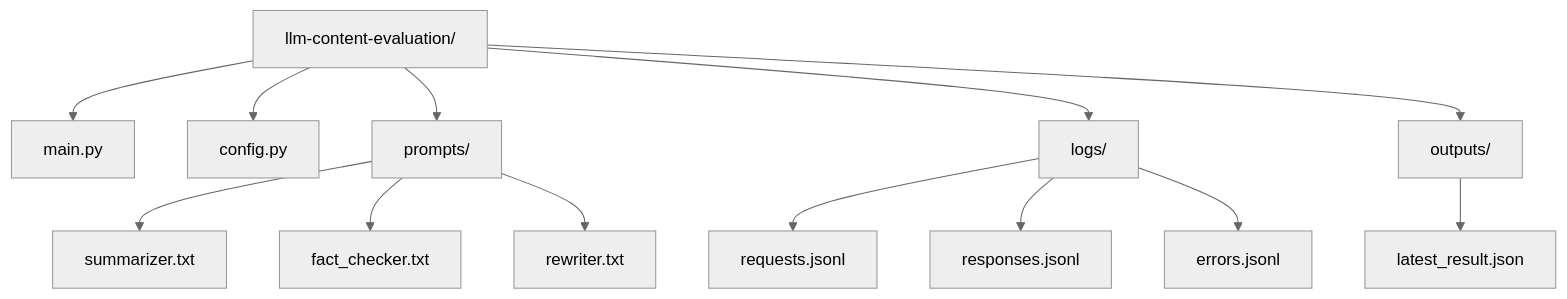
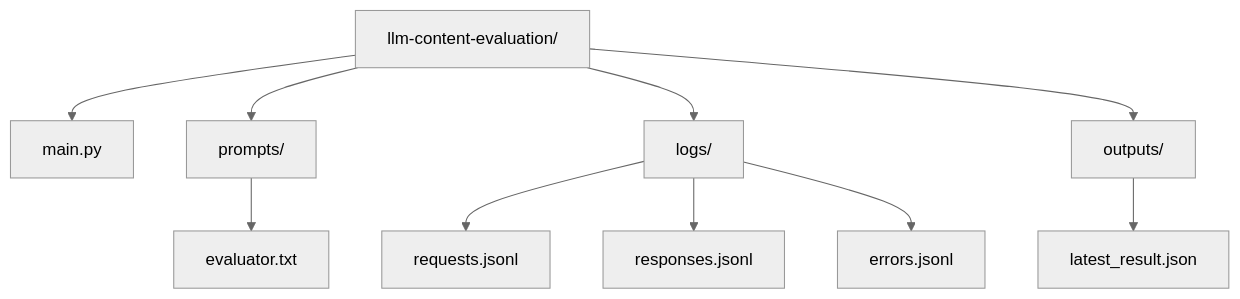
Before and after one commit to blackstag2k/LLM-Control-Lab: the second of 2 diagrams in README.md, drawn with Mermaid (neutral theme). The commit also changed other lines of this file, not shown here.

````diff
--- a/README.md
+++ b/README.md
@@ -77,18 +77,15 @@
 ```mermaid
 graph TD
     A[llm-content-evaluation/] --> B[main.py]
-    A --> C[config.py]
 
     A --> D[prompts/]
-    D --> D1[summarizer.txt]
-    D --> D2[fact_checker.txt]
-    D --> D3[rewriter.txt]
+    D --> D1[evaluator.txt]
 
     A --> E[logs/]
     E --> E1[requests.jsonl]
     E --> E2[responses.jsonl]
     E --> E3[errors.jsonl]
 
     A --> F[outputs/]
     F --> F1[latest_result.json]
 ```
````
